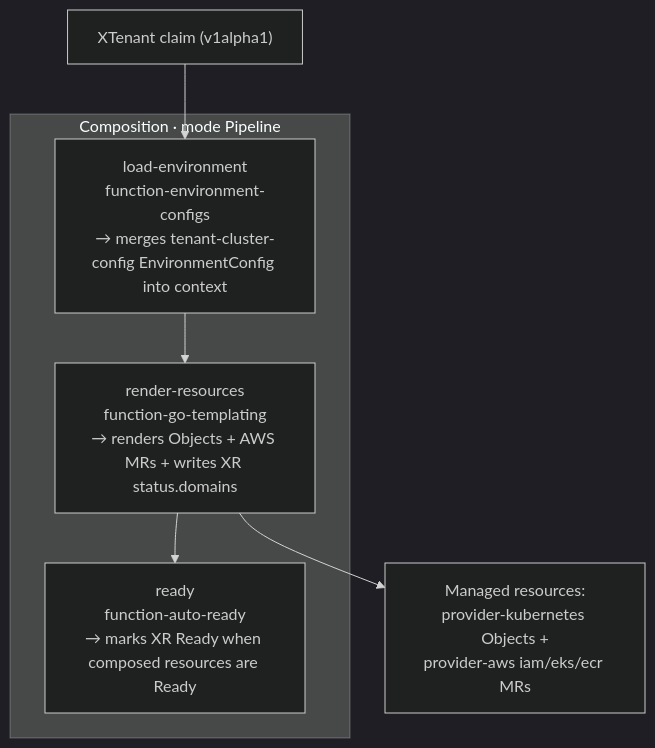
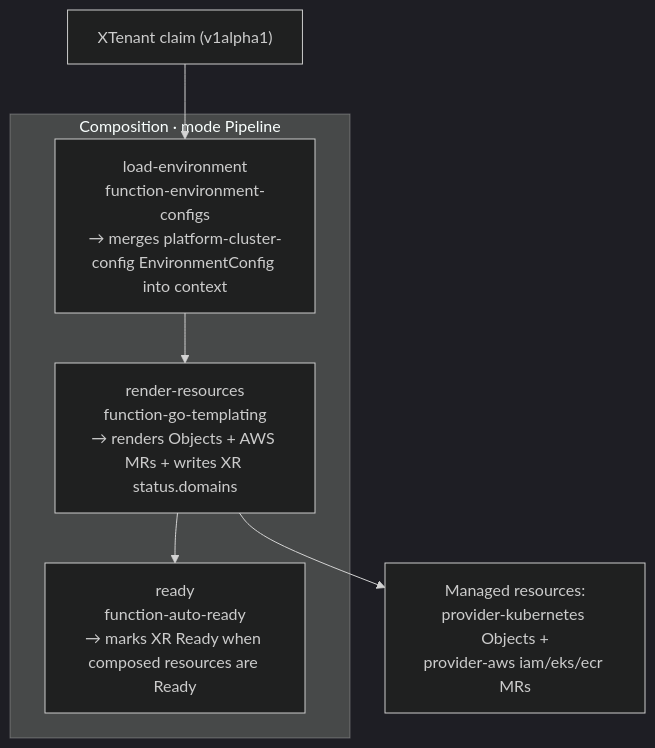
Before and after one commit to asanexample/platform: the diagram in docs/architecture/crossplane-composition-authoring.md, drawn with Mermaid (dark theme). The commit also changed other lines of this file and 68 other files, not shown here.

First line of the commit message:
docs: rename the tenant noun → environment in current docs + scaffolder (ADR-067)

````diff
--- a/docs/architecture/crossplane-composition-authoring.md
+++ b/docs/architecture/crossplane-composition-authoring.md
@@ -36,11 +36,11 @@
 ```mermaid
 flowchart TD
     XR["XTenant claim (v1alpha1)"] --> S1
     subgraph Pipeline["Composition · mode Pipeline"]
-        S1["load-environment<br/>function-environment-configs<br/>→ merges tenant-cluster-config EnvironmentConfig into context"]
+        S1["load-environment<br/>function-environment-configs<br/>→ merges platform-cluster-config EnvironmentConfig into context"]
         S2["render-resources<br/>function-go-templating<br/>→ renders Objects + AWS MRs + writes XR status.domains"]
         S3["ready<br/>function-auto-ready<br/>→ marks XR Ready when composed resources are Ready"]
         S1 --> S2 --> S3
     end
     S2 --> MR["Managed resources:<br/>provider-kubernetes Objects +<br/>provider-aws iam/eks/ecr MRs"]
 ```
````
